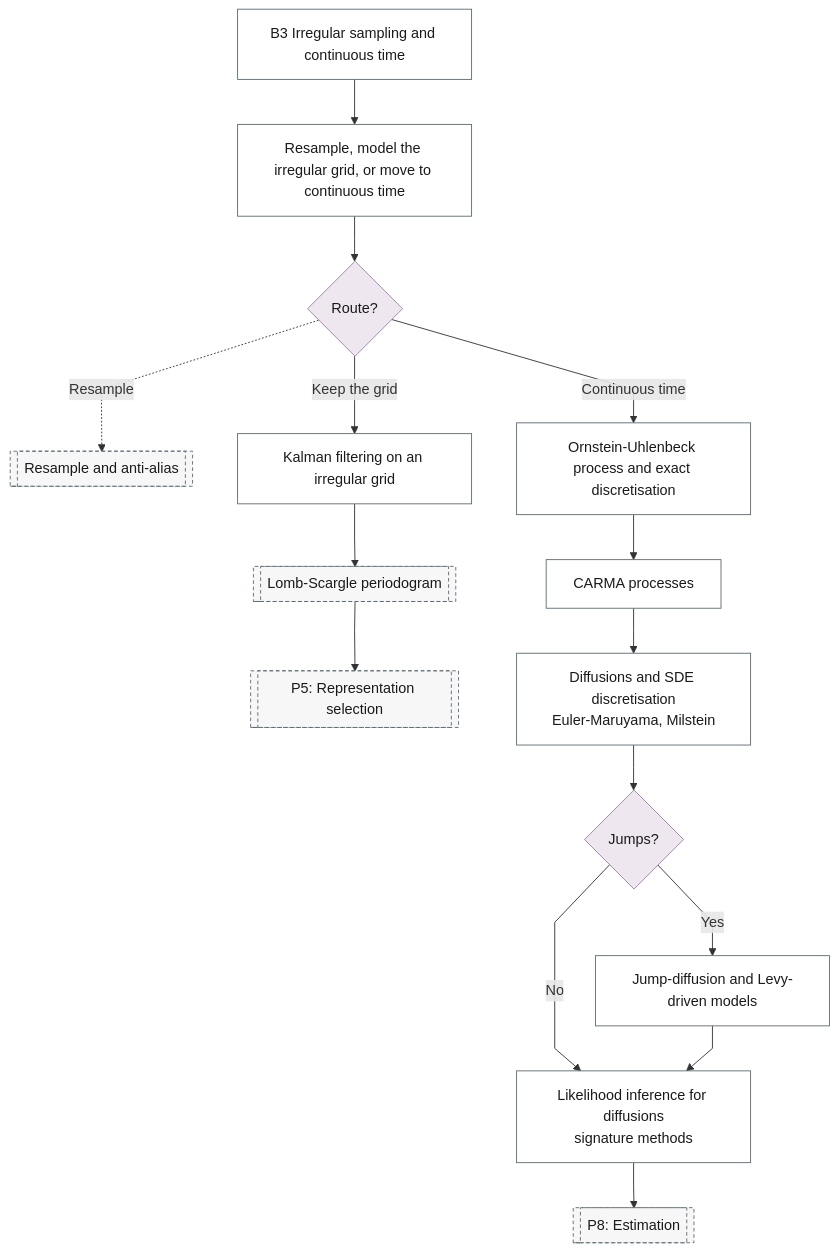
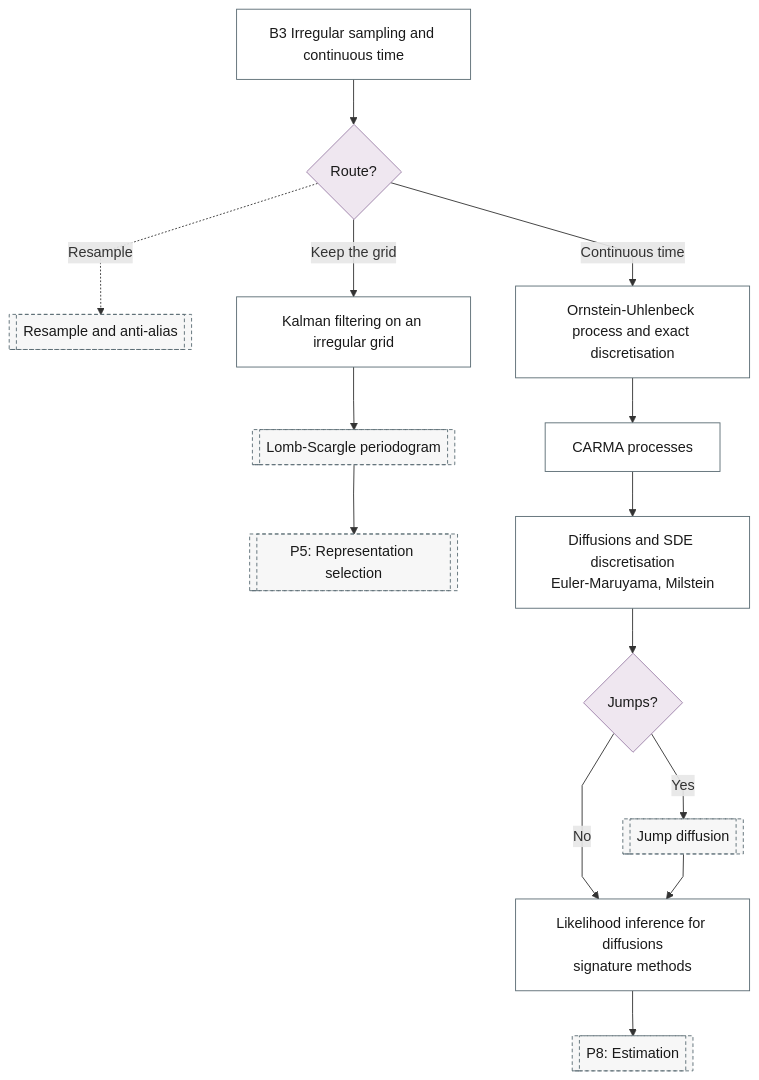
One commit to Shuxin-Y/time-series-analysis-manual changed the diagram in docs/reference/15-continuous-time/index.md. Above: the diagram before and after it, drawn with Mermaid. The commit also changed other lines of this file and 27 other files, not shown here.

First line of the commit message:
fix(flowchart): one method, one leaf

````diff
--- a/docs/reference/15-continuous-time/index.md
+++ b/docs/reference/15-continuous-time/index.md
@@ -7,29 +7,28 @@
 ```mermaid
 %%{init: {"flowchart": {"curve": "linear"}}}%%
 graph TD
-    B3["B3 Irregular sampling and continuous time"] --> B3_CHOICE["Resample, model the irregular grid, or move to continuous time"]
-    B3_CHOICE --> B3_ROUTE{"Route?"}
+    B3["B3 Irregular sampling and continuous time"] --> B3_ROUTE{"Route?"}
     B3_ROUTE -.->|"Resample"| P0_RESAMPLE[["Resample and anti-alias"]]
     B3_ROUTE -->|"Keep the grid"| B3_IRREGULAR_KALMAN["Kalman filtering on an irregular grid"]
     B3_ROUTE -->|"Continuous time"| B3_OU["Ornstein-Uhlenbeck process and exact discretisation"]
     B3_IRREGULAR_KALMAN --> P5_FD_LOMB_SCARGLE[["Lomb-Scargle periodogram"]]
     P5_FD_LOMB_SCARGLE --> P5[["P5: Representation selection"]]
     B3_OU --> B3_CARMA["CARMA processes"]
     B3_CARMA --> B3_SDE["Diffusions and SDE discretisation<br/>Euler-Maruyama, Milstein"]
     B3_SDE --> B3_JUMPS{"Jumps?"}
-    B3_JUMPS -->|"Yes"| B3_JUMP_LEVY["Jump-diffusion and Levy-driven models"]
+    B3_JUMPS -->|"Yes"| P7_JUMPS[["Jump diffusion"]]
     B3_JUMPS -->|"No"| B3_SDE_INFERENCE
-    B3_JUMP_LEVY --> B3_SDE_INFERENCE["Likelihood inference for diffusions<br/>signature methods"]
+    P7_JUMPS --> B3_SDE_INFERENCE["Likelihood inference for diffusions<br/>signature methods"]
     B3_SDE_INFERENCE --> P8[["P8: Estimation"]]
     class B3_ROUTE,B3_JUMPS decision
-    class B3,B3_CHOICE,B3_IRREGULAR_KALMAN,B3_OU,B3_CARMA,B3_SDE,B3_JUMP_LEVY,B3_SDE_INFERENCE process
-    class P0_RESAMPLE,P5_FD_LOMB_SCARGLE,P5,P8 ref
+    class B3,B3_IRREGULAR_KALMAN,B3_OU,B3_CARMA,B3_SDE,B3_SDE_INFERENCE process
+    class P0_RESAMPLE,P5_FD_LOMB_SCARGLE,P5,P7_JUMPS,P8 ref
     classDef terminator fill:#E6F2F7,stroke:#007BA7,color:#1A1A1A;
     classDef process fill:#FFFFFF,stroke:#5A6B73,color:#1A1A1A;
     classDef decision fill:#EFE7F0,stroke:#9B7FA7,color:#1A1A1A;
     classDef data fill:#FFF4E0,stroke:#C9A55E,color:#1A1A1A;
     classDef good fill:#DCEFD8,stroke:#4A7A3F,color:#1A1A1A;
     classDef escalate fill:#FFE9C2,stroke:#C9A55E,color:#1A1A1A;
     classDef problem fill:#F2D9DE,stroke:#800020,color:#1A1A1A;
     classDef ref fill:#F7F7F7,stroke:#5A6B73,color:#1A1A1A,stroke-dasharray:4 3;
 ```
````
